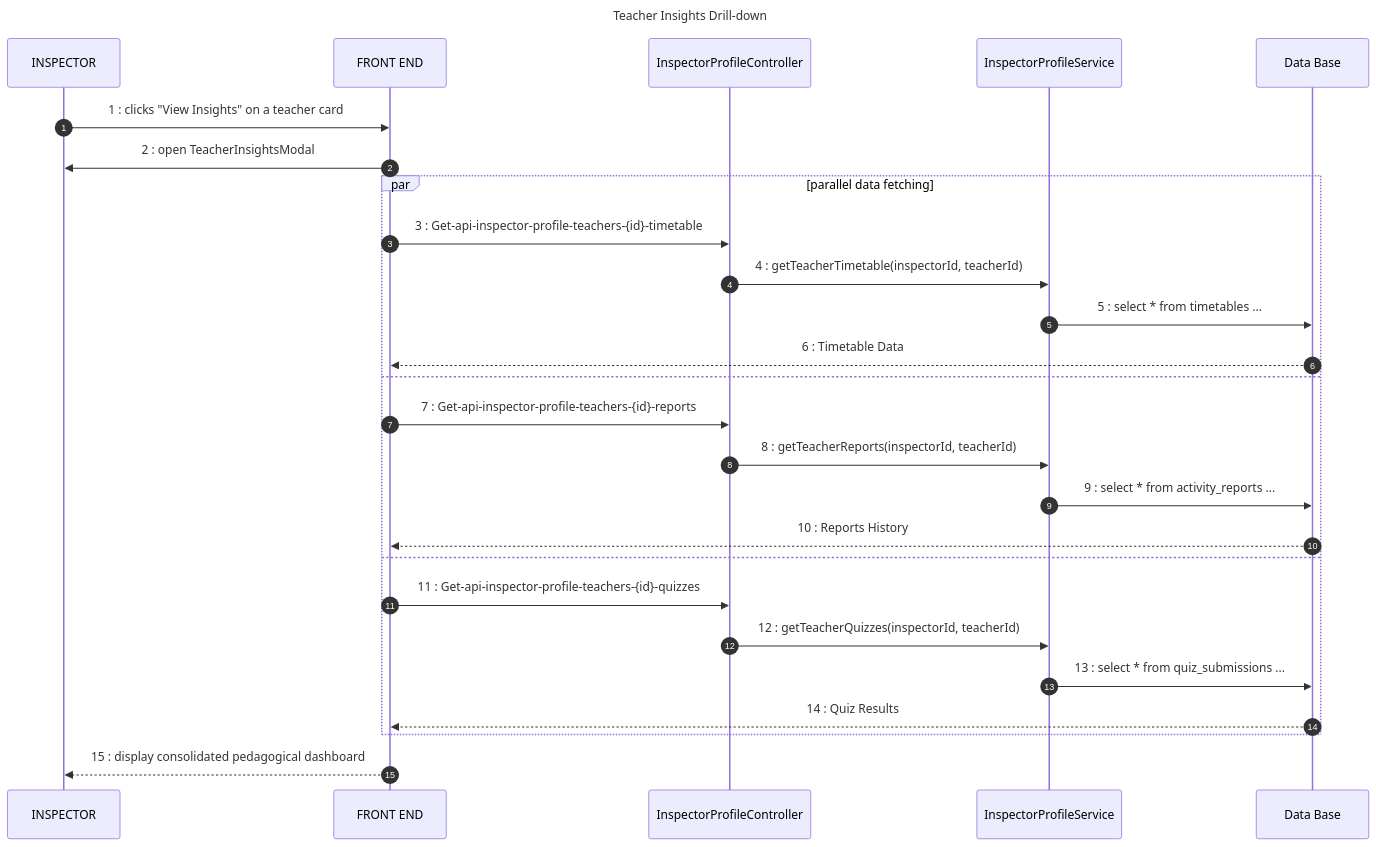
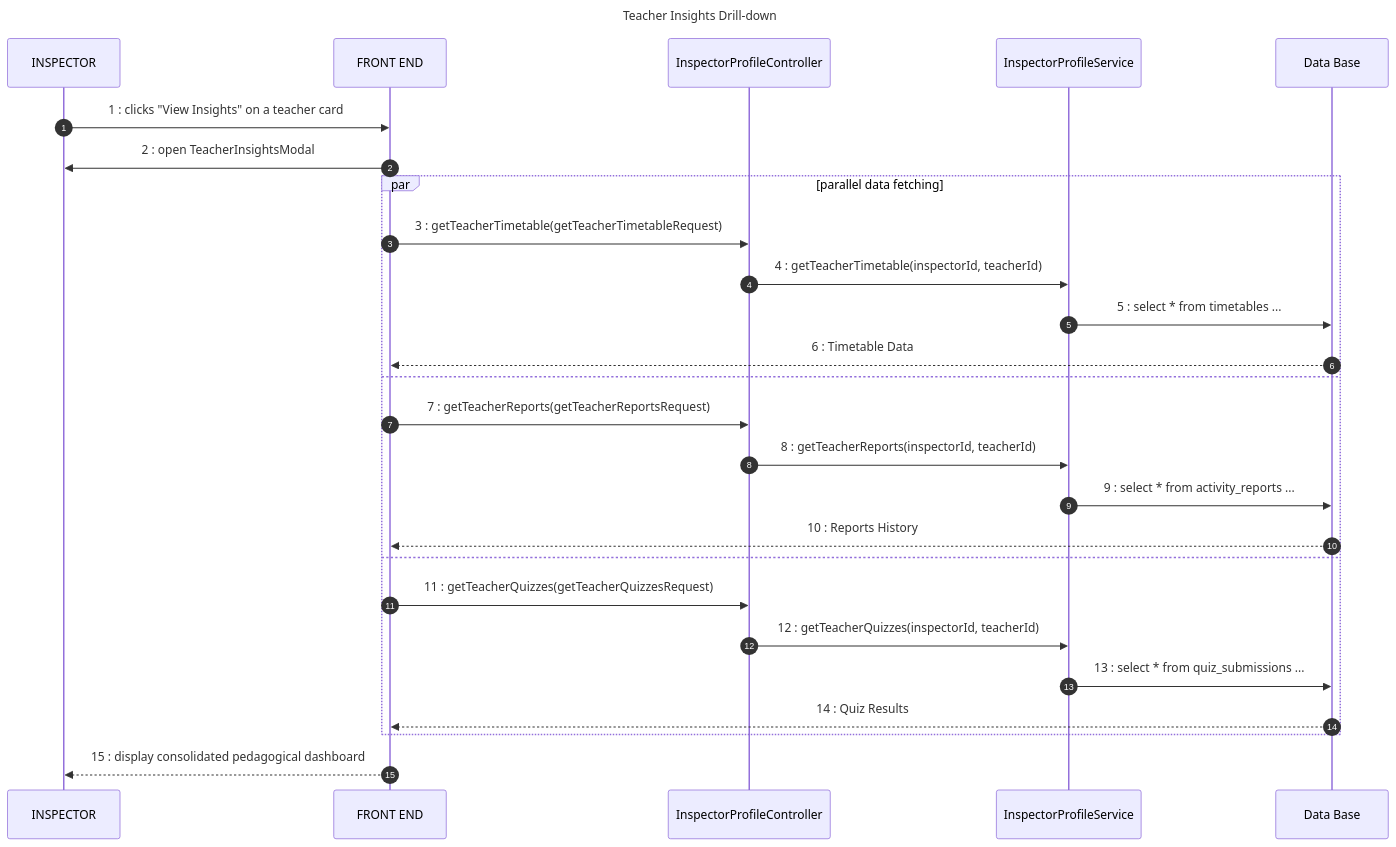
One commit to chbichibsofiene/inspector changed the second of 2 diagrams in uml_diagrams/teacher_management_sequence.md. Above: the diagram before and after it, drawn with Mermaid. The commit also changed other lines of this file and 41 other files, not shown here.

Commit message:
feat: Sprint 4 - Communication & Analytics | updated UML diagrams, class diagrams (StarUML), Messenger service fixes, Docker configs, and documentation

````diff
--- a/uml_diagrams/teacher_management_sequence.md
+++ b/uml_diagrams/teacher_management_sequence.md
@@ -40,32 +40,32 @@
 ```mermaid
 sequenceDiagram
     title: Teacher Insights Drill-down
     autonumber
     participant USER as INSPECTOR
     participant FE as FRONT END
     participant IPC as InspectorProfileController
     participant IPS as InspectorProfileService
     participant DB as Data Base
 
     USER->>FE: 1 : clicks "View Insights" on a teacher card
     FE->>USER: 2 : open TeacherInsightsModal
     
     par parallel data fetching
-        FE->>IPC: 3 : Get-api-inspector-profile-teachers-{id}-timetable
+        FE->>IPC: 3 : getTeacherTimetable(getTeacherTimetableRequest)
         IPC->>IPS: 4 : getTeacherTimetable(inspectorId, teacherId)
         IPS->>DB: 5 : select * from timetables ...
         DB-->>FE: 6 : Timetable Data
     and
-        FE->>IPC: 7 : Get-api-inspector-profile-teachers-{id}-reports
+        FE->>IPC: 7 : getTeacherReports(getTeacherReportsRequest)
         IPC->>IPS: 8 : getTeacherReports(inspectorId, teacherId)
         IPS->>DB: 9 : select * from activity_reports ...
         DB-->>FE: 10 : Reports History
     and
-        FE->>IPC: 11 : Get-api-inspector-profile-teachers-{id}-quizzes
+        FE->>IPC: 11 : getTeacherQuizzes(getTeacherQuizzesRequest)
         IPC->>IPS: 12 : getTeacherQuizzes(inspectorId, teacherId)
         IPS->>DB: 13 : select * from quiz_submissions ...
         DB-->>FE: 14 : Quiz Results
     end
 
     FE-->>USER: 15 : display consolidated pedagogical dashboard
 ```
````
